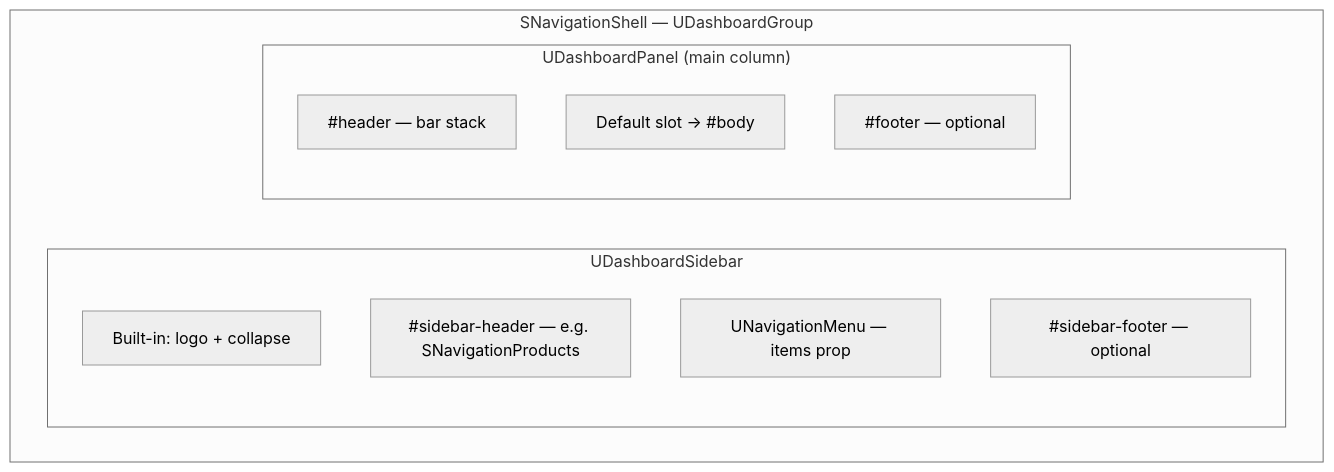
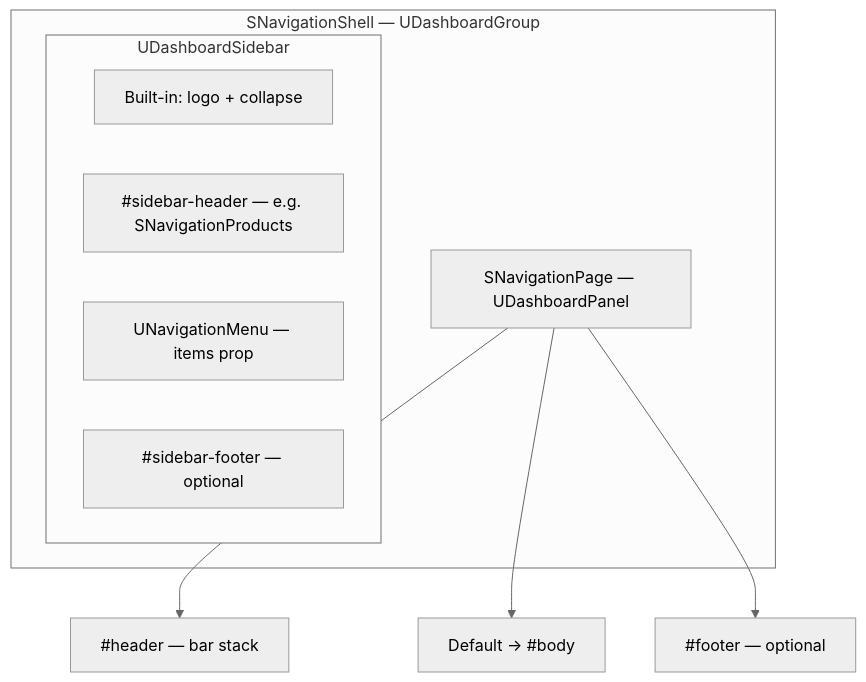
Before and after one commit to smartpricing/smartness-nuxt-ui: the diagram in docs/navigation.md, drawn with Mermaid (neutral theme). The commit also changed other lines of this file and 5 other files, not shown here.

````diff
--- a/docs/navigation.md
+++ b/docs/navigation.md
@@ -15,16 +15,15 @@
 ```mermaid
 flowchart TB
 	subgraph shell["SNavigationShell — UDashboardGroup"]
 		subgraph sidebar["UDashboardSidebar"]
 			logo["Built-in: logo + collapse"]
 			sh["#sidebar-header — e.g. SNavigationProducts"]
 			menu["UNavigationMenu — items prop"]
 			sf["#sidebar-footer — optional"]
 		end
-		subgraph panel["UDashboardPanel (main column)"]
-			ph["#header — bar stack"]
-			pb["Default slot → #body"]
-			pf["#footer — optional"]
-		end
+		page["SNavigationPage — UDashboardPanel"]
 	end
+	page --> ph["#header — bar stack"]
+	page --> pb["Default → #body"]
+	page --> pf["#footer — optional"]
 ```
````
